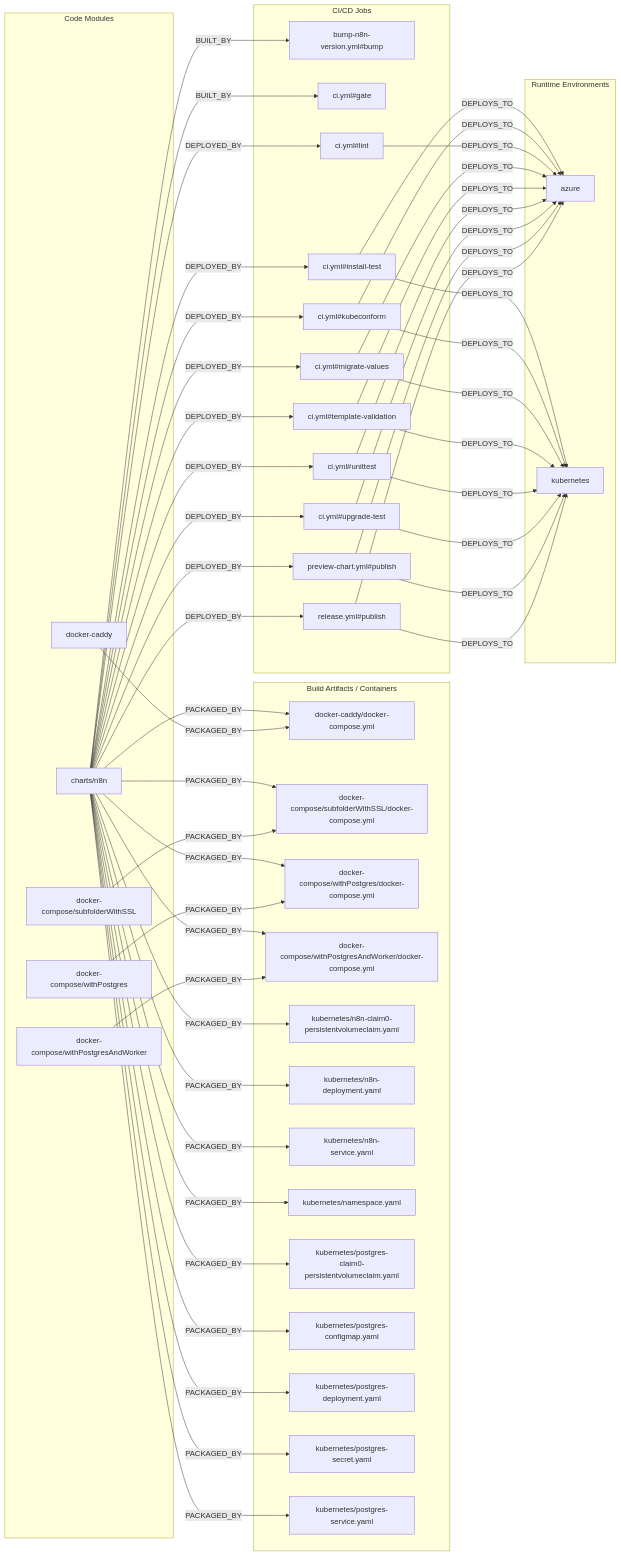
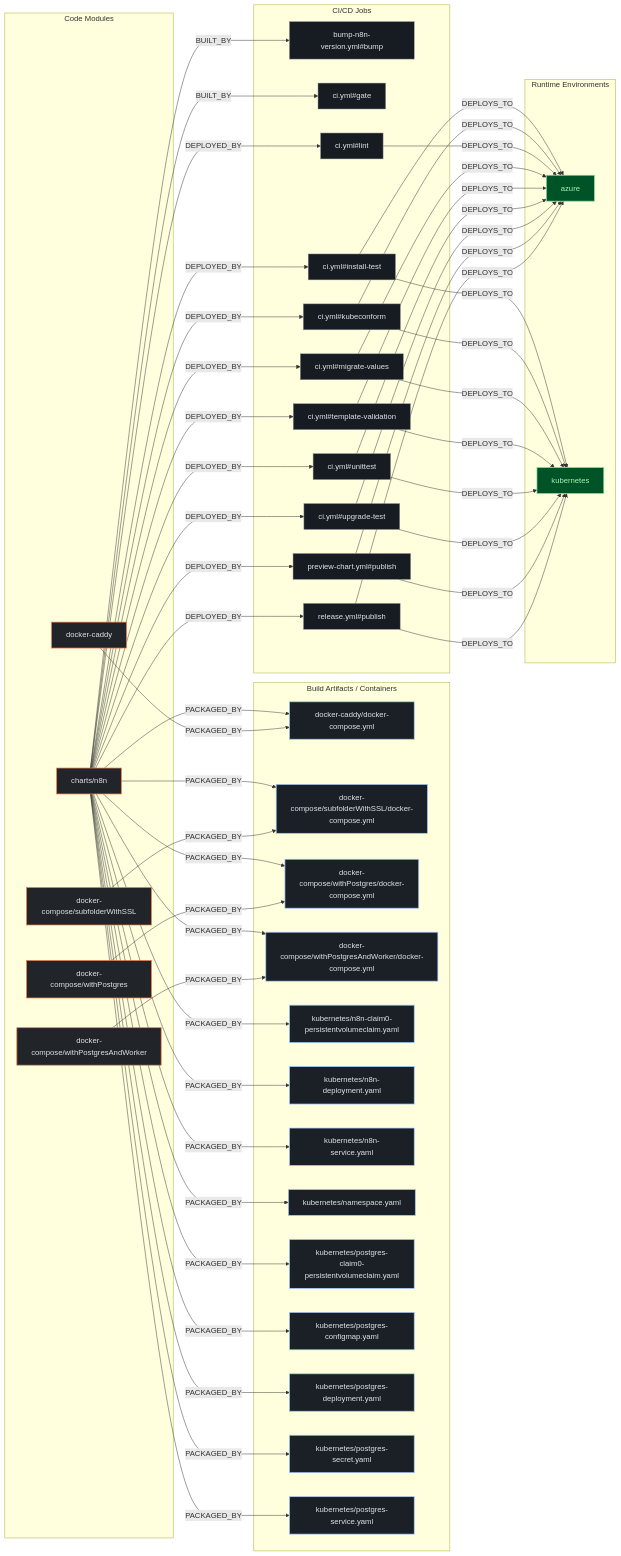
One commit to kumarshaz/atruss-code-atlas changed the second of 3 diagrams in exports/latest/reports/n8n-io-n8n-hosting-report.md. Above: the diagram before and after it, drawn with Mermaid. The commit also changed other lines of this file and 331 other files, not shown here.

Commit message:
docs,ui,fix: update SDLC docs, reorder CI/CD DAG first, stylize Mermaid, and fix Arc42 pipeline topology

````diff
--- a/exports/latest/reports/n8n-io-n8n-hosting-report.md
+++ b/exports/latest/reports/n8n-io-n8n-hosting-report.md
@@ -154,43 +161,47 @@
 ```mermaid
 flowchart LR
+    classDef atlasCategory fill:#212428,stroke:#E87A48,stroke-width:1.5px,color:#dfe3eb
+    classDef atlasWorkflow fill:#1b2026,stroke:#a3c9ff,stroke-width:1.5px,color:#dfe3eb
+    classDef atlasJob fill:#171c22,stroke:#8d9199,stroke-width:1px,color:#dfe3eb
+    classDef atlasTarget fill:#005227,stroke:#8bd99b,stroke-width:1.5px,color:#a7f6b6
     subgraph code_modules["Code Modules"]
-        mod_charts_n8n["charts/n8n"]
-        mod_docker_caddy["docker-caddy"]
-        mod_docker_compose_subfolderWithSSL["docker-compose/subfolderWithSSL"]
-        mod_docker_compose_withPostgres["docker-compose/withPostgres"]
-        mod_docker_compose_withPostgresAndWorker["docker-compose/withPostgresAndWorker"]
+        mod_charts_n8n["charts/n8n"]:::atlasCategory
+        mod_docker_caddy["docker-caddy"]:::atlasCategory
+        mod_docker_compose_subfolderWithSSL["docker-compose/subfolderWithSSL"]:::atlasCategory
+        mod_docker_compose_withPostgres["docker-compose/withPostgres"]:::atlasCategory
+        mod_docker_compose_withPostgresAndWorker["docker-compose/withPostgresAndWorker"]:::atlasCategory
     end
     subgraph build_artifacts["Build Artifacts / Containers"]
-        art_docker_caddy_docker_compose_yml["docker-caddy/docker-compose.yml"]
-        art_docker_compose_subfolderWithSSL_docker_compose_yml["docker-compose/subfolderWithSSL/docker-compose.yml"]
-        art_docker_compose_withPostgres_docker_compose_yml["docker-compose/withPostgres/docker-compose.yml"]
-        art_docker_compose_withPostgresAndWorker_docker_compose_yml["docker-compose/withPostgresAndWorker/docker-compose.yml"]
-        art_kubernetes_n8n_claim0_persistentvolumeclaim_yaml["kubernetes/n8n-claim0-persistentvolumeclaim.yaml"]
-        art_kubernetes_n8n_deployment_yaml["kubernetes/n8n-deployment.yaml"]
-        art_kubernetes_n8n_service_yaml["kubernetes/n8n-service.yaml"]
-        art_kubernetes_namespace_yaml["kubernetes/namespace.yaml"]
-        art_kubernetes_postgres_claim0_persistentvolumeclaim_yaml["kubernetes/postgres-claim0-persistentvolumeclaim.yaml"]
-        art_kubernetes_postgres_configmap_yaml["kubernetes/postgres-configmap.yaml"]
-        art_kubernetes_postgres_deployment_yaml["kubernetes/postgres-deployment.yaml"]
-        art_kubernetes_postgres_secret_yaml["kubernetes/postgres-secret.yaml"]
-        art_kubernetes_postgres_service_yaml["kubernetes/postgres-service.yaml"]
+        art_docker_caddy_docker_compose_yml["docker-caddy/docker-compose.yml"]:::atlasWorkflow
+        art_docker_compose_subfolderWithSSL_docker_compose_yml["docker-compose/subfolderWithSSL/docker-compose.yml"]:::atlasWorkflow
+        art_docker_compose_withPostgres_docker_compose_yml["docker-compose/withPostgres/docker-compose.yml"]:::atlasWorkflow
+        art_docker_compose_withPostgresAndWorker_docker_compose_yml["docker-compose/withPostgresAndWorker/docker-compose.yml"]:::atlasWorkflow
+        art_kubernetes_n8n_claim0_persistentvolumeclaim_yaml["kubernetes/n8n-claim0-persistentvolumeclaim.yaml"]:::atlasWorkflow
+        art_kubernetes_n8n_deployment_yaml["kubernetes/n8n-deployment.yaml"]:::atlasWorkflow
+        art_kubernetes_n8n_service_yaml["kubernetes/n8n-service.yaml"]:::atlasWorkflow
+        art_kubernetes_namespace_yaml["kubernetes/namespace.yaml"]:::atlasWorkflow
+        art_kubernetes_postgres_claim0_persistentvolumeclaim_yaml["kubernetes/postgres-claim0-persistentvolumeclaim.yaml"]:::atlasWorkflow
+        art_kubernetes_postgres_configmap_yaml["kubernetes/postgres-configmap.yaml"]:::atlasWorkflow
+        art_kubernetes_postgres_deployment_yaml["kubernetes/postgres-deployment.yaml"]:::atlasWorkflow
+        art_kubernetes_postgres_secret_yaml["kubernetes/postgres-secret.yaml"]:::atlasWorkflow
+        art_kubernetes_postgres_service_yaml["kubernetes/postgres-service.yaml"]:::atlasWorkflow
     end
     subgraph ci_jobs["CI/CD Jobs"]
-        job_bump_n8n_version_yml_bump["bump-n8n-version.yml#bump"]
-        job_ci_yml_gate["ci.yml#gate"]
-        job_ci_yml_install_test["ci.yml#install-test"]
-        job_ci_yml_kubeconform["ci.yml#kubeconform"]
-        job_ci_yml_lint["ci.yml#lint"]
-        job_ci_yml_migrate_values["ci.yml#migrate-values"]
-        job_ci_yml_template_validation["ci.yml#template-validation"]
-        job_ci_yml_unittest["ci.yml#unittest"]
-        job_ci_yml_upgrade_test["ci.yml#upgrade-test"]
-        job_preview_chart_yml_publish["preview-chart.yml#publish"]
-        job_release_yml_publish["release.yml#publish"]
+        job_bump_n8n_version_yml_bump["bump-n8n-version.yml#bump"]:::atlasJob
+        job_ci_yml_gate["ci.yml#gate"]:::atlasJob
+        job_ci_yml_install_test["ci.yml#install-test"]:::atlasJob
+        job_ci_yml_kubeconform["ci.yml#kubeconform"]:::atlasJob
+        job_ci_yml_lint["ci.yml#lint"]:::atlasJob
+        job_ci_yml_migrate_values["ci.yml#migrate-values"]:::atlasJob
+        job_ci_yml_template_validation["ci.yml#template-validation"]:::atlasJob
+        job_ci_yml_unittest["ci.yml#unittest"]:::atlasJob
+        job_ci_yml_upgrade_test["ci.yml#upgrade-test"]:::atlasJob
+        job_preview_chart_yml_publish["preview-chart.yml#publish"]:::atlasJob
+        job_release_yml_publish["release.yml#publish"]:::atlasJob
     end
     subgraph runtime_envs["Runtime Environments"]
-        env_azure["azure"]
-        env_kubernetes["kubernetes"]
+        env_azure["azure"]:::atlasTarget
+        env_kubernetes["kubernetes"]:::atlasTarget
     end
     job_ci_yml_install_test -->|DEPLOYS_TO| env_azure
     job_ci_yml_install_test -->|DEPLOYS_TO| env_kubernetes
````
